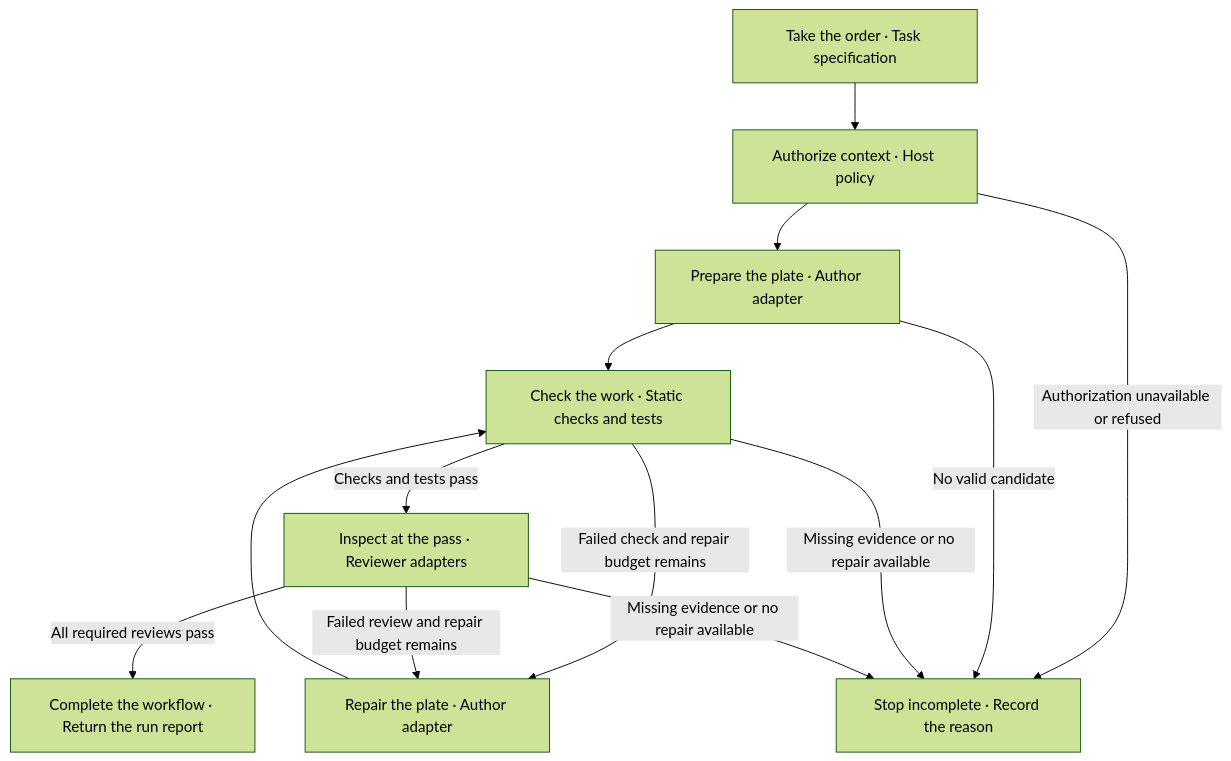
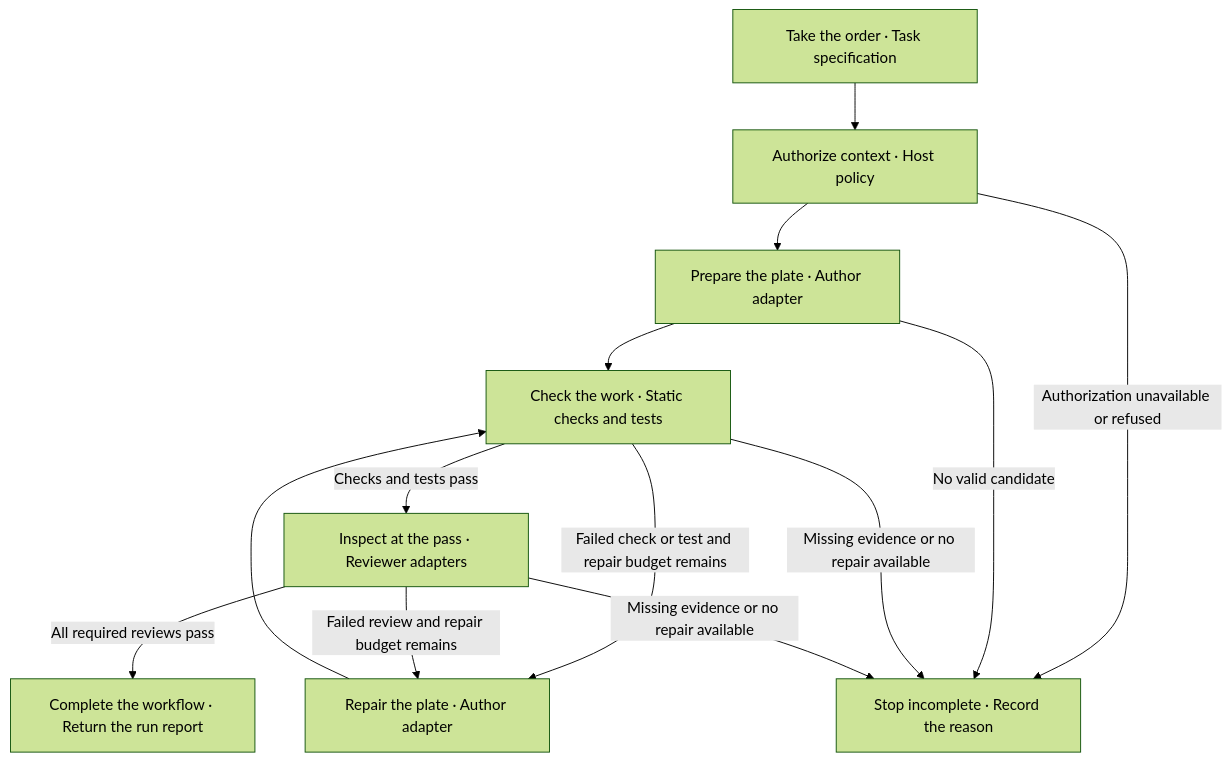
One commit to louiscalata/nisi changed the diagram in README.md. Above: the diagram before and after it, drawn with Mermaid (forest theme). The commit also changed other lines of this file and 3 other files, not shown here.

````diff
--- a/README.md
+++ b/README.md
@@ -221,23 +251,23 @@
 ```mermaid
 flowchart TD
     order["Take the order · Task specification"]
     ingredients["Authorize context · Host policy"]
     cook["Prepare the plate · Author adapter"]
     checks["Check the work · Static checks and tests"]
     pass["Inspect at the pass · Reviewer adapters"]
     accept["Complete the workflow · Return the run report"]
     repair["Repair the plate · Author adapter"]
     stop["Stop incomplete · Record the reason"]
     order --> ingredients
     ingredients --> cook
     ingredients -->|Authorization unavailable or refused| stop
     cook --> checks
     cook -->|No valid candidate| stop
     checks -->|Checks and tests pass| pass
-    checks -->|Failed check and repair budget remains| repair
+    checks -->|Failed check or test and repair budget remains| repair
     checks -->|Missing evidence or no repair available| stop
     pass -->|All required reviews pass| accept
     pass -->|Failed review and repair budget remains| repair
     pass -->|Missing evidence or no repair available| stop
     repair --> checks
 ```
````
